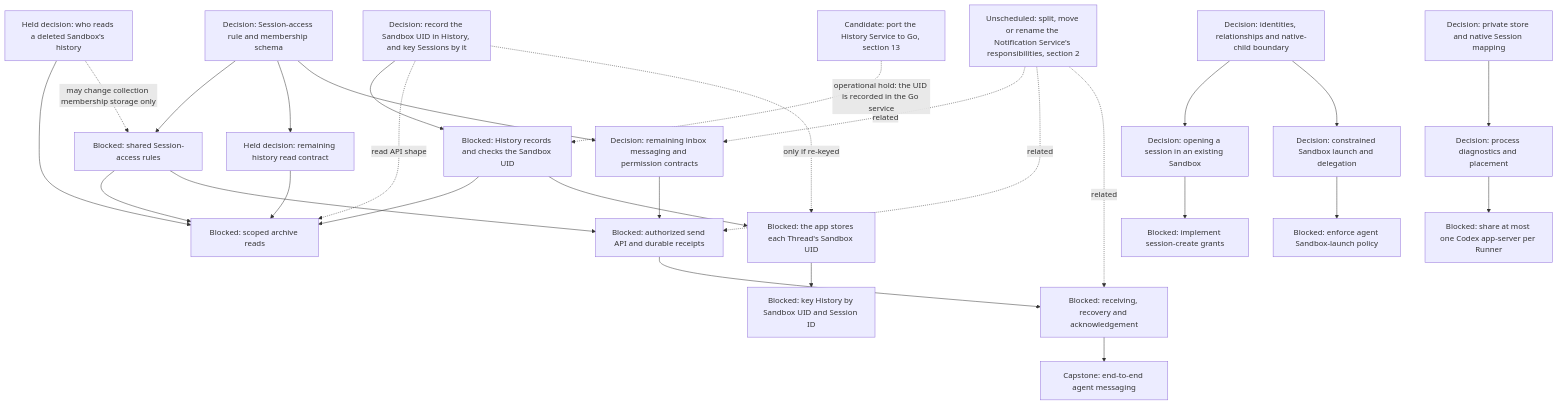
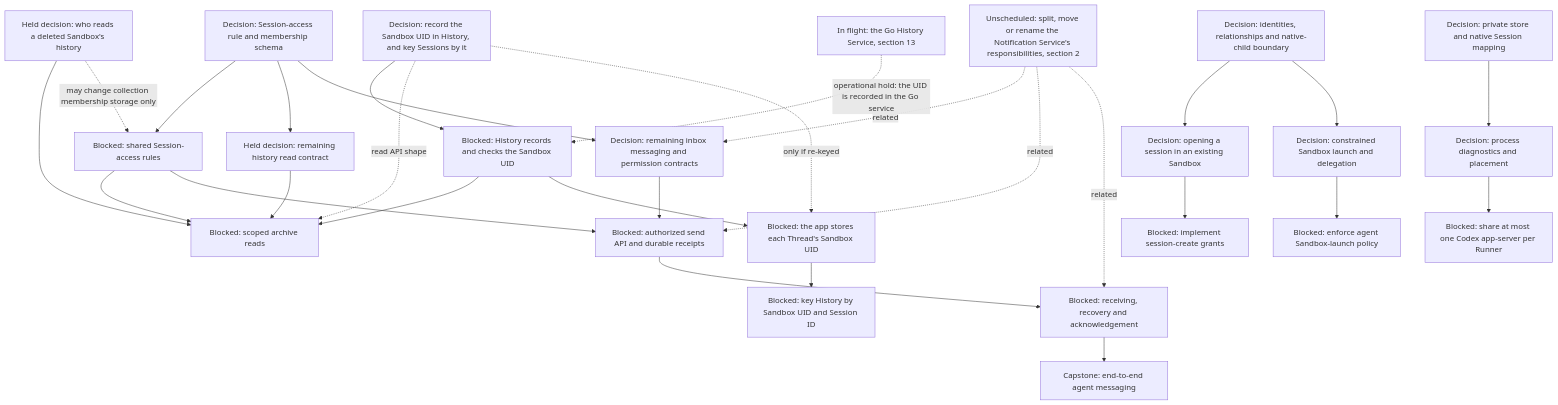
The fifth of 17 diagrams in agentplane/plans/task_dag.md (agentydragon/ducktape), drawn with Mermaid before and after one commit. The commit also changed other lines of this file, not shown here.

First line of the commit message:
Split the History Service Go port into its DAG nodes

````diff
--- a/agentplane/plans/task_dag.md
+++ b/agentplane/plans/task_dag.md
@@ -250,50 +250,50 @@
 ```mermaid
 flowchart TD
     MULTIAGENT_MODEL[Decision: identities, relationships and native-child boundary]
     SESSION_ACCESS_RULES_DESIGN[Decision: Session-access rule and membership schema]
     SESSION_ACCESS_RULES[Blocked: shared Session-access rules]
     THREAD_READ_POLICY_DESIGN[Held decision: remaining history read contract]
     HISTORY_ACCESS_AFTER_DELETION[Held decision: who reads a deleted Sandbox's history]
     THREAD_READ_POLICY[Blocked: scoped archive reads]
     HISTORY_SESSION_KEY_DESIGN[Decision: record the Sandbox UID in History, and key Sessions by it]
     HISTORY_SANDBOX_UID[Blocked: History records and checks the Sandbox UID]
     APP_THREAD_SANDBOX_UID[Blocked: the app stores each Thread's Sandbox UID]
     HISTORY_SESSION_REKEY[Blocked: key History by Sandbox UID and Session ID]
     AGENT_MESSAGING_DESIGN[Decision: remaining inbox messaging and permission contracts]
     AGENT_MESSAGE_INGRESS[Blocked: authorized send API and durable receipts]
     AGENT_MESSAGE_RECEPTION[Blocked: receiving, recovery and acknowledgement]
     AGENT_MESSAGING[Capstone: end-to-end agent messaging]
     THREAD_CREATE_POLICY[Decision: opening a session in an existing Sandbox]
     THREAD_CREATE_AUTHORIZATION[Blocked: implement session-create grants]
     AGENT_LAUNCH_POLICY_DESIGN[Decision: constrained Sandbox launch and delegation]
     AGENT_SANDBOX_LAUNCH[Blocked: enforce agent Sandbox-launch policy]
     MULTIAGENT_MODEL --> THREAD_CREATE_POLICY
     MULTIAGENT_MODEL --> AGENT_LAUNCH_POLICY_DESIGN
     SESSION_ACCESS_RULES_DESIGN --> SESSION_ACCESS_RULES
     SESSION_ACCESS_RULES_DESIGN --> THREAD_READ_POLICY_DESIGN
     SESSION_ACCESS_RULES_DESIGN --> AGENT_MESSAGING_DESIGN
     THREAD_READ_POLICY_DESIGN --> THREAD_READ_POLICY
     HISTORY_ACCESS_AFTER_DELETION --> THREAD_READ_POLICY
     HISTORY_ACCESS_AFTER_DELETION -. may change collection membership storage only .-> SESSION_ACCESS_RULES
     SESSION_ACCESS_RULES --> THREAD_READ_POLICY
     HISTORY_SESSION_KEY_DESIGN --> HISTORY_SANDBOX_UID
-    HISTORY_SERVICE_GO_PORT[Candidate: port the History Service to Go, section 13] -. operational hold: the UID is recorded in the Go service .-> HISTORY_SANDBOX_UID
+    HISTORY_GO_SERVICE[In flight: the Go History Service, section 13] -. operational hold: the UID is recorded in the Go service .-> HISTORY_SANDBOX_UID
     HISTORY_SESSION_KEY_DESIGN -. read API shape .-> THREAD_READ_POLICY
     HISTORY_SESSION_KEY_DESIGN -. only if re-keyed .-> APP_THREAD_SANDBOX_UID
     HISTORY_SANDBOX_UID --> THREAD_READ_POLICY
     HISTORY_SANDBOX_UID --> APP_THREAD_SANDBOX_UID
     APP_THREAD_SANDBOX_UID --> HISTORY_SESSION_REKEY
     SESSION_ACCESS_RULES --> AGENT_MESSAGE_INGRESS
     AGENT_MESSAGING_DESIGN --> AGENT_MESSAGE_INGRESS
     AGENT_MESSAGE_INGRESS --> AGENT_MESSAGE_RECEPTION
     NOTIFICATION_SERVICE_SPLIT[Unscheduled: split, move or rename the Notification Service's responsibilities, section 2] -. related .-> AGENT_MESSAGING_DESIGN
     NOTIFICATION_SERVICE_SPLIT -. related .-> AGENT_MESSAGE_INGRESS
     NOTIFICATION_SERVICE_SPLIT -. related .-> AGENT_MESSAGE_RECEPTION
     AGENT_MESSAGE_RECEPTION --> AGENT_MESSAGING
     THREAD_CREATE_POLICY --> THREAD_CREATE_AUTHORIZATION
     AGENT_LAUNCH_POLICY_DESIGN --> AGENT_SANDBOX_LAUNCH
     RUNNER_HARNESS_OBJECTS_DESIGN[Decision: process diagnostics and placement]
     HARNESS_IDENTITY_DESIGN[Decision: private store and native Session mapping]
     HARNESS_IDENTITY_DESIGN --> RUNNER_HARNESS_OBJECTS_DESIGN
     RUNNER_HARNESS_OBJECTS_DESIGN --> RUNNER_CODEX_SHARED_PROCESS[Blocked: share at most one Codex app-server per Runner]
 ```
````
